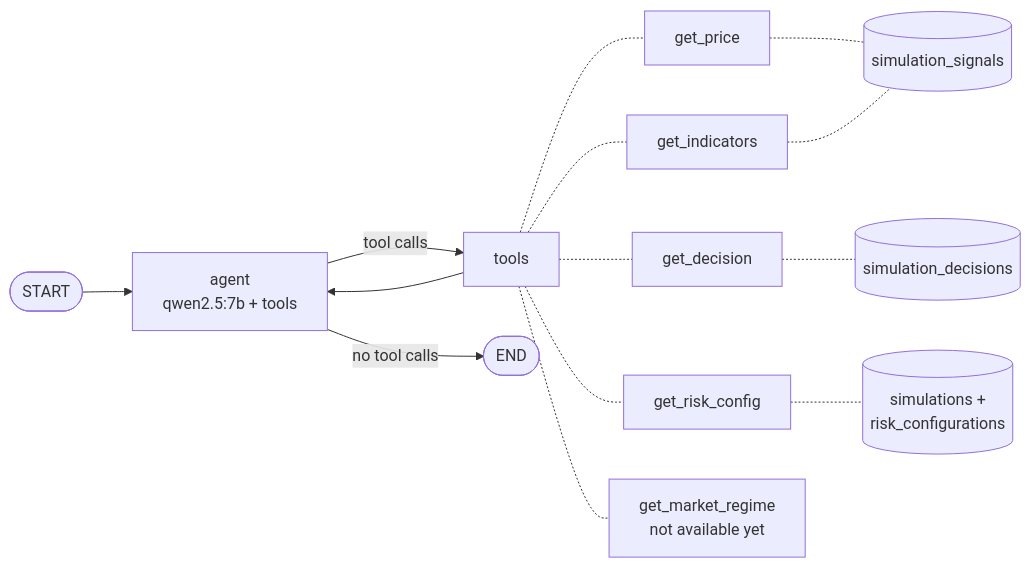
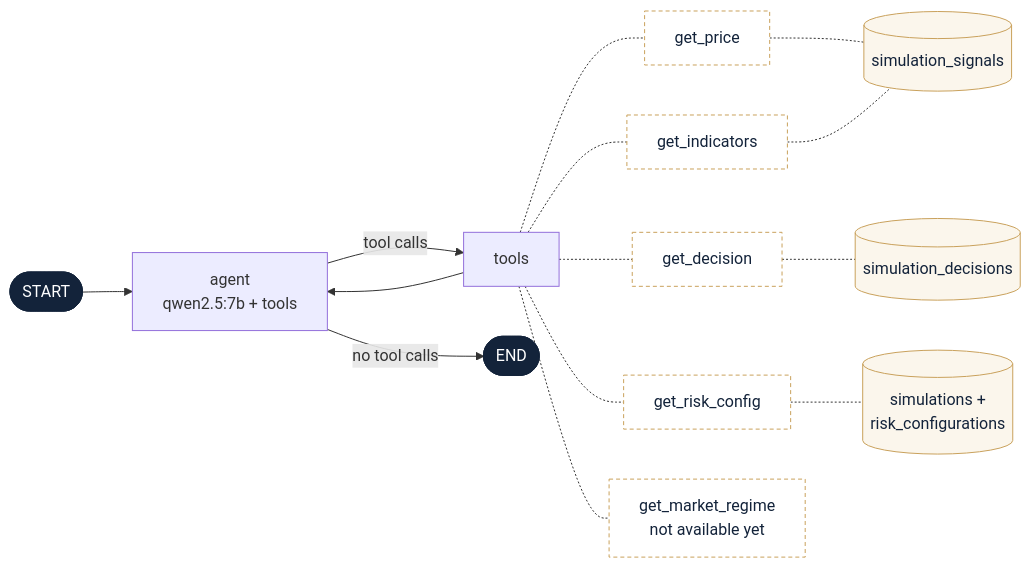
Before and after one commit to CardozoEIA/trading_simulator: the second of 9 diagrams in docs/agents.md, drawn with Mermaid. The commit also changed other lines of this file and 16 other files, not shown here.

First line of the commit message:
docs: refresh architecture and agent diagrams

````diff
--- a/docs/agents.md
+++ b/docs/agents.md
@@ -54,12 +86,20 @@
 ```mermaid
 flowchart LR
     S([START]) --> A[agent<br/>qwen2.5:7b + tools]
     A -->|tool calls| T[tools]
     T --> A
     A -->|no tool calls| E([END])
 
     T -.- t1[get_price] & t3[get_indicators] -.- d1[(simulation_signals)]
     T -.- t2[get_decision] -.- d2[(simulation_decisions)]
     T -.- t4[get_risk_config] -.- d3[(simulations +<br/>risk_configurations)]
     T -.- t5[get_market_regime<br/>not available yet]
+
+    classDef io fill:#13233a,stroke:#13233a,color:#ffffff
+    classDef tool fill:#ffffff,stroke:#c9a15c,stroke-dasharray:4 3,color:#13233a
+    classDef data fill:#fbf6ec,stroke:#c9a15c,color:#13233a
+    classDef subflow fill:#e4ecf8,stroke:#2f63ad,stroke-width:2px,color:#13233a
+    class S,E io
+    class t1,t2,t3,t4,t5 tool
+    class d1,d2,d3 data
 ```
````
